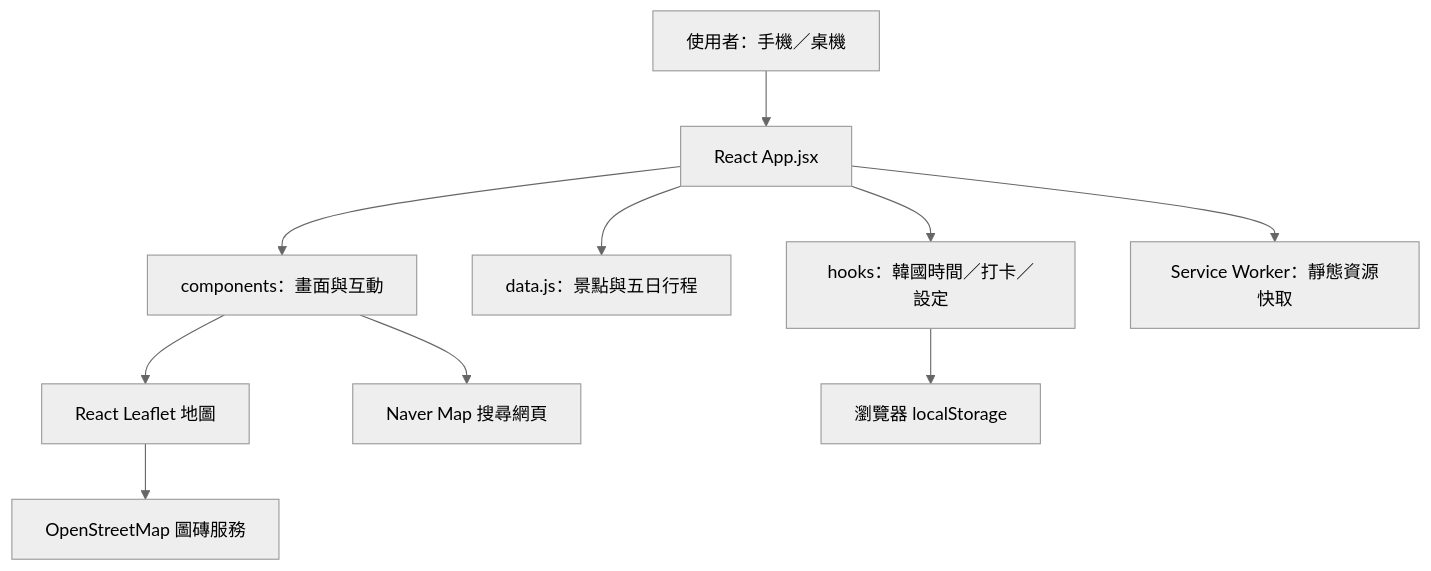
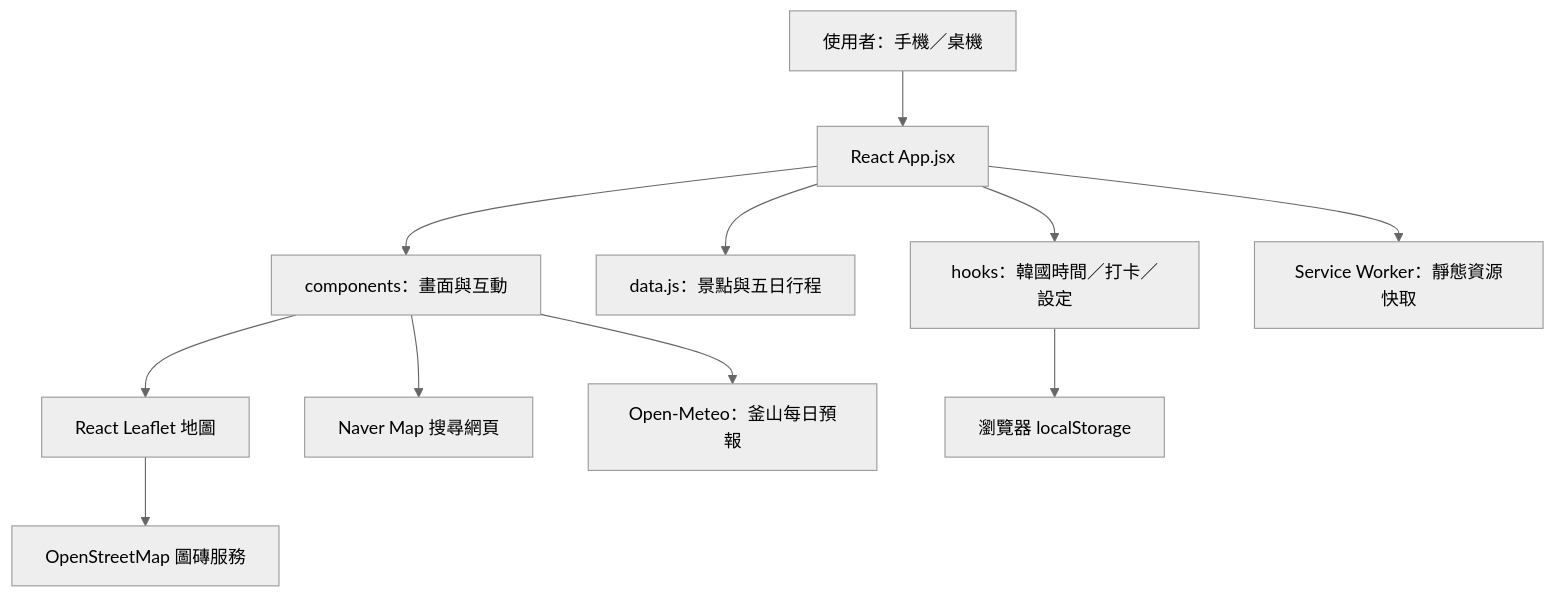
Before and after one commit to lvb0799/BusanTravel: the diagram in README.md, drawn with Mermaid (neutral theme). The commit also changed other lines of this file and 11 other files, not shown here.

````diff
--- a/README.md
+++ b/README.md
@@ -81,12 +83,13 @@
 ```mermaid
 flowchart TD
     U[使用者：手機／桌機] --> APP[React App.jsx]
     APP --> UI[components：畫面與互動]
     APP --> DATA[data.js：景點與五日行程]
     APP --> HOOKS[hooks：韓國時間／打卡／設定]
     UI --> MAP[React Leaflet 地圖]
     MAP --> OSM[OpenStreetMap 圖磚服務]
     UI --> NAVER[Naver Map 搜尋網頁]
     HOOKS --> LS[瀏覽器 localStorage]
     APP --> SW[Service Worker：靜態資源快取]
+    UI --> WX[Open-Meteo：釜山每日預報]
 ```
````
